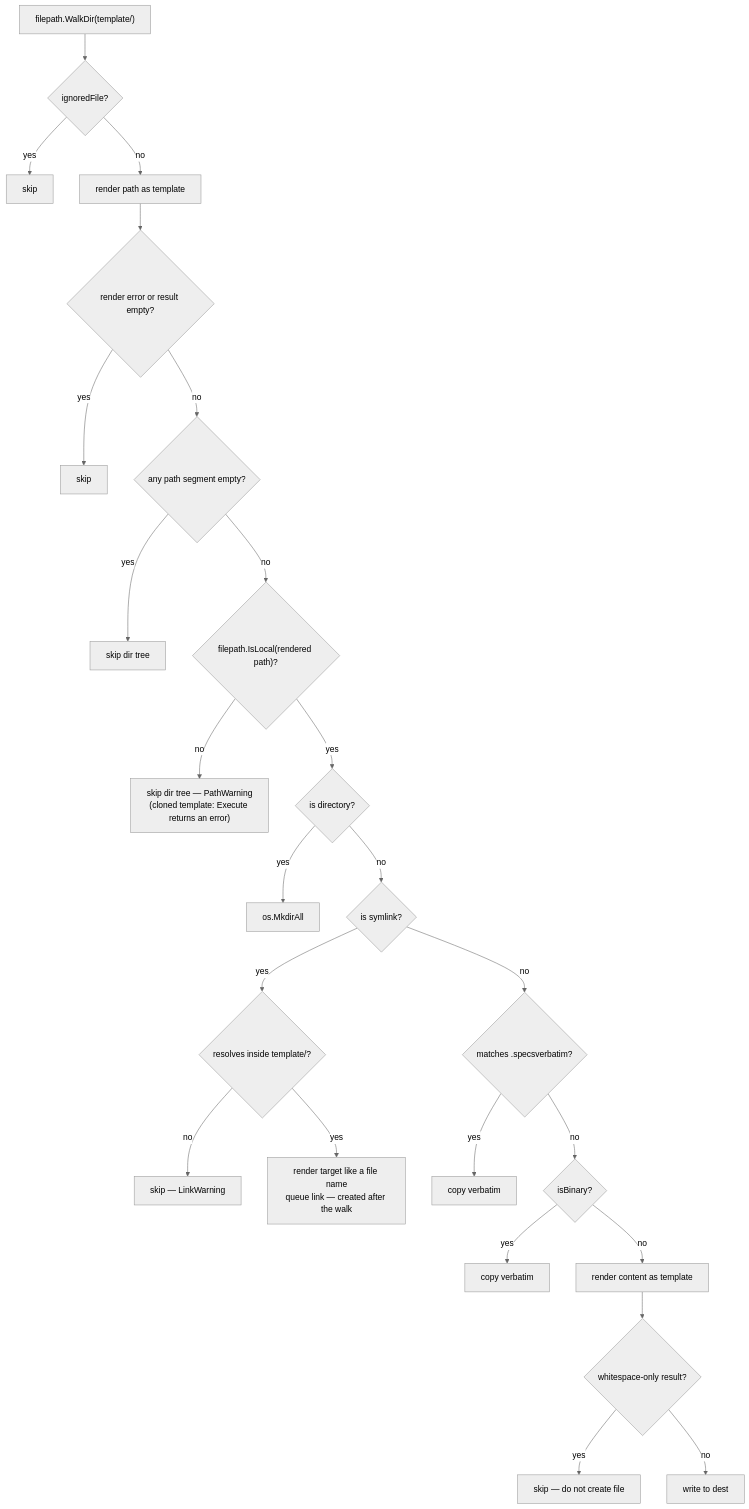
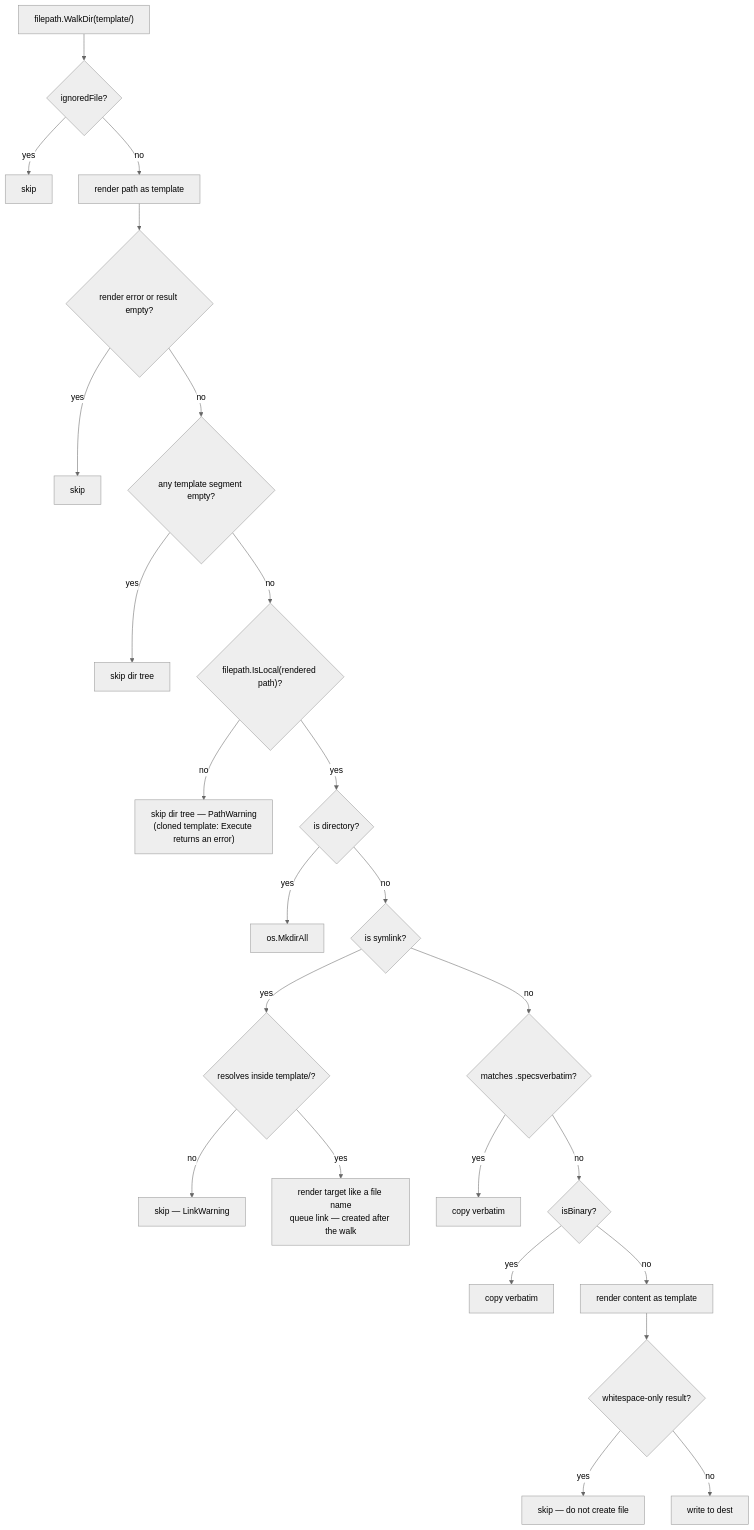
The third of 4 diagrams in docs/content/docs/architecture/overview.md (specsnl/specs-cli), drawn with Mermaid (neutral theme) before and after one commit. The commit also changed 1 other file, not shown here.

Commit message:
docs: describe per-segment conditional skipping and fix the conditional directory example (GH-184)

````diff
--- a/docs/content/docs/architecture/overview.md
+++ b/docs/content/docs/architecture/overview.md
@@ -237,26 +237,26 @@
 ```mermaid
 flowchart TD
     A["filepath.WalkDir(template/)"] --> B{ignoredFile?}
     B -->|yes| Skip1[skip]
     B -->|no| C[render path as template]
     C --> D{render error or result empty?}
     D -->|yes| Skip2[skip]
-    D -->|no| E{any path segment empty?}
+    D -->|no| E{any template segment empty?}
     E -->|yes| Skip3[skip dir tree]
     E -->|no| P{"filepath.IsLocal(rendered path)?"}
     P -->|no| Skip6["skip dir tree — PathWarning\n(cloned template: Execute returns an error)"]
     P -->|yes| F{is directory?}
     F -->|yes| Mkdir[os.MkdirAll]
     F -->|no| L{is symlink?}
     L -->|yes| L1{resolves inside template/?}
     L1 -->|no| Skip5[skip — LinkWarning]
     L1 -->|yes| L2["render target like a file name\nqueue link — created after the walk"]
     L -->|no| G{matches .specsverbatim?}
     G -->|yes| Copy1[copy verbatim]
     G -->|no| H{isBinary?}
     H -->|yes| Copy2[copy verbatim]
     H -->|no| I[render content as template]
     I --> J{whitespace-only result?}
     J -->|yes| Skip4[skip — do not create file]
     J -->|no| Write[write to dest]
 ```
````
